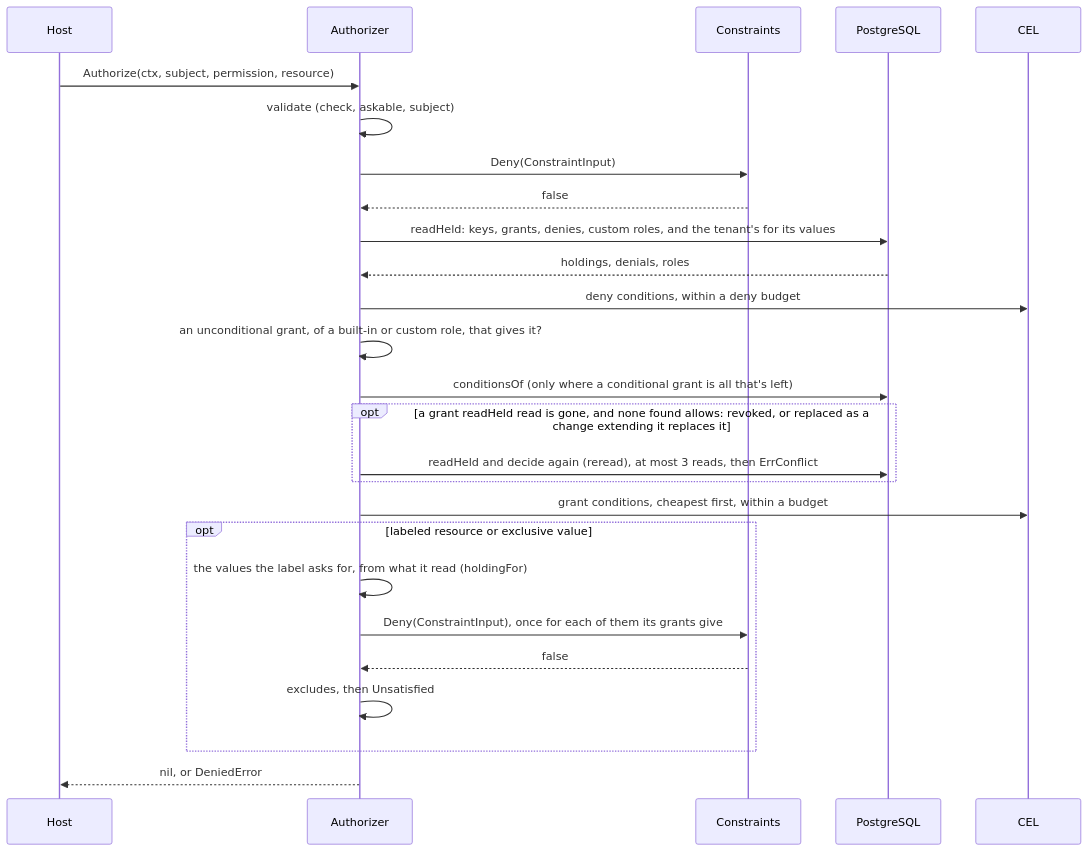
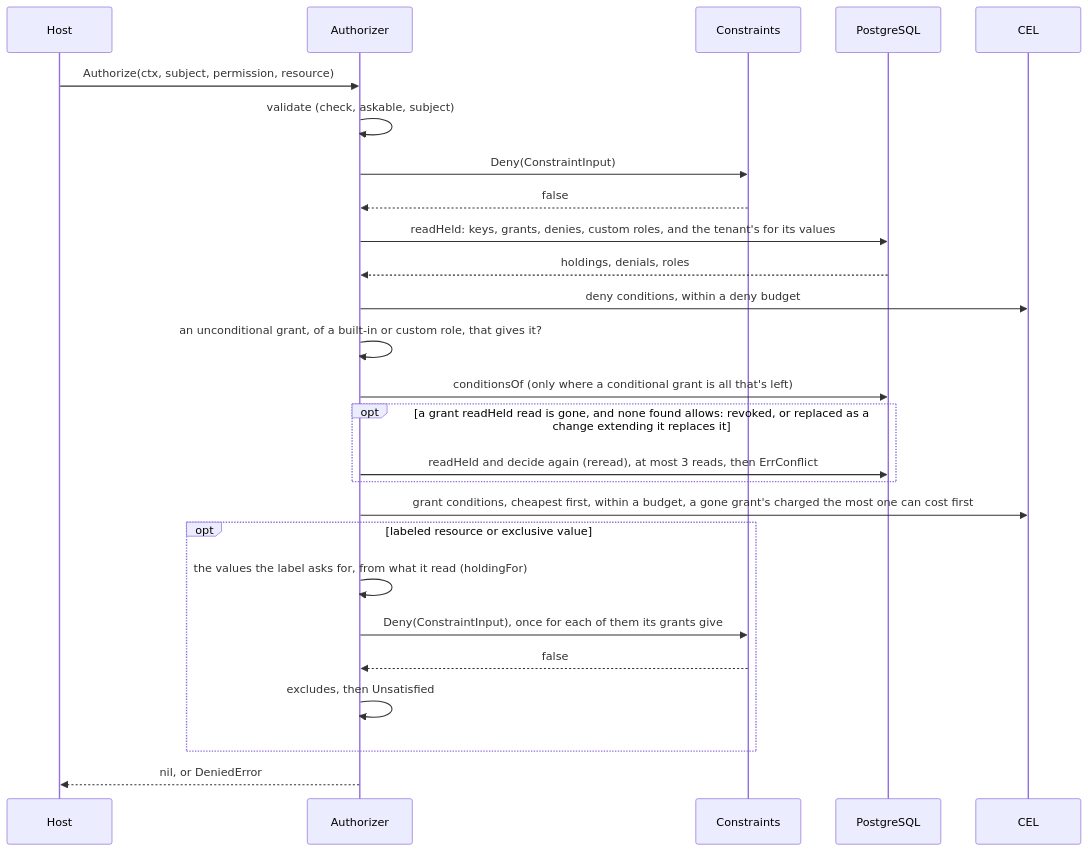
Before and after one commit to parallelworks/rbac: the seventh of 14 diagrams in docs/architecture.md, drawn with Mermaid. The commit also changed other lines of this file and 1 other file, not shown here.

Commit message:
docs: a grant gone as a check reads its condition is charged the most a condition can cost

````diff
--- a/docs/architecture.md
+++ b/docs/architecture.md
@@ -603,28 +603,28 @@
 ```mermaid
 sequenceDiagram
     participant H as Host
     participant A as Authorizer
     participant C as Constraints
     participant DB as PostgreSQL
     participant E as CEL
     H->>A: Authorize(ctx, subject, permission, resource)
     A->>A: validate (check, askable, subject)
     A->>C: Deny(ConstraintInput)
     C-->>A: false
     A->>DB: readHeld: keys, grants, denies, custom roles, and the tenant's for its values
     DB-->>A: holdings, denials, roles
     A->>E: deny conditions, within a deny budget
     A->>A: an unconditional grant, of a built-in or custom role, that gives it?
     A->>DB: conditionsOf (only where a conditional grant is all that's left)
     opt a grant readHeld read is gone, and none found allows: revoked, or replaced as a change extending it replaces it
         A->>DB: readHeld and decide again (reread), at most 3 reads, then ErrConflict
     end
-    A->>E: grant conditions, cheapest first, within a budget
+    A->>E: grant conditions, cheapest first, within a budget, a gone grant's charged the most one can cost first
     opt labeled resource or exclusive value
         A->>A: the values the label asks for, from what it read (holdingFor)
         A->>C: Deny(ConstraintInput), once for each of them its grants give
         C-->>A: false
         A->>A: excludes, then Unsatisfied
     end
     A-->>H: nil, or DeniedError
 ```
````
